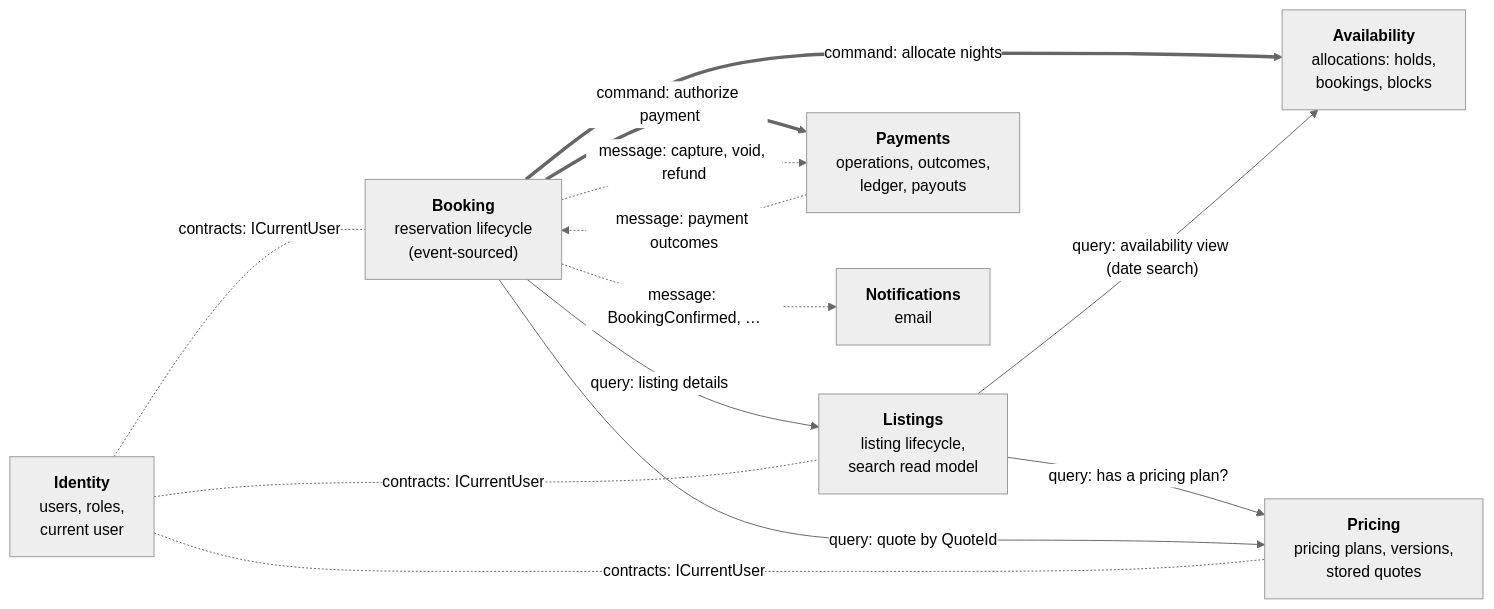
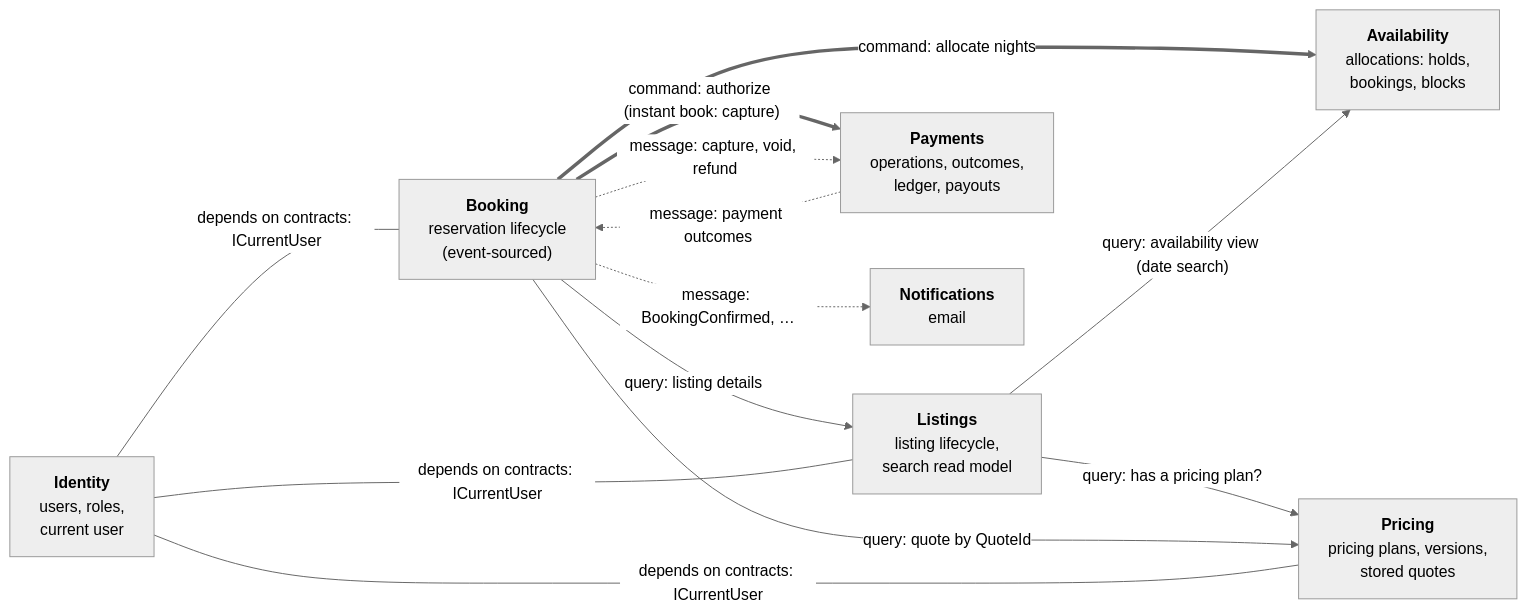
Before and after one commit to Alimurrazi/staybook-dotnet-reference-architecture: the first of 2 diagrams in docs/architecture.md, drawn with Mermaid (neutral theme). The commit also changed other lines of this file and 8 other files, not shown here.

First line of the commit message:
docs: apply the architecture review to the article, ADRs and plan

````diff
--- a/docs/architecture.md
+++ b/docs/architecture.md
@@ -13,23 +15,23 @@
 ```mermaid
 flowchart LR
     Identity["<b>Identity</b><br/>users, roles,<br/>current user"]
     Listings["<b>Listings</b><br/>listing lifecycle,<br/>search read model"]
     Pricing["<b>Pricing</b><br/>pricing plans, versions,<br/>stored quotes"]
     Booking["<b>Booking</b><br/>reservation lifecycle<br/>(event-sourced)"]
     Availability["<b>Availability</b><br/>allocations: holds,<br/>bookings, blocks"]
     Payments["<b>Payments</b><br/>operations, outcomes,<br/>ledger, payouts"]
     Notifications["<b>Notifications</b><br/>email"]
 
     Listings -- "query: has a pricing plan?" --> Pricing
     Booking -- "query: quote by QuoteId" --> Pricing
     Booking -- "query: listing details" --> Listings
     Booking == "command: allocate nights" ==> Availability
-    Booking == "command: authorize payment" ==> Payments
+    Booking == "command: authorize (instant book: capture)" ==> Payments
     Booking -. "message: capture, void, refund" .-> Payments
     Payments -. "message: payment outcomes" .-> Booking
     Booking -. "message: BookingConfirmed, …" .-> Notifications
     Listings -- "query: availability view (date search)" --> Availability
-    Identity -. "contracts: ICurrentUser" .- Listings
-    Identity -. "contracts: ICurrentUser" .- Pricing
-    Identity -. "contracts: ICurrentUser" .- Booking
+    Identity --- |"depends on contracts: ICurrentUser"| Listings
+    Identity --- |"depends on contracts: ICurrentUser"| Pricing
+    Identity --- |"depends on contracts: ICurrentUser"| Booking
 ```
````
